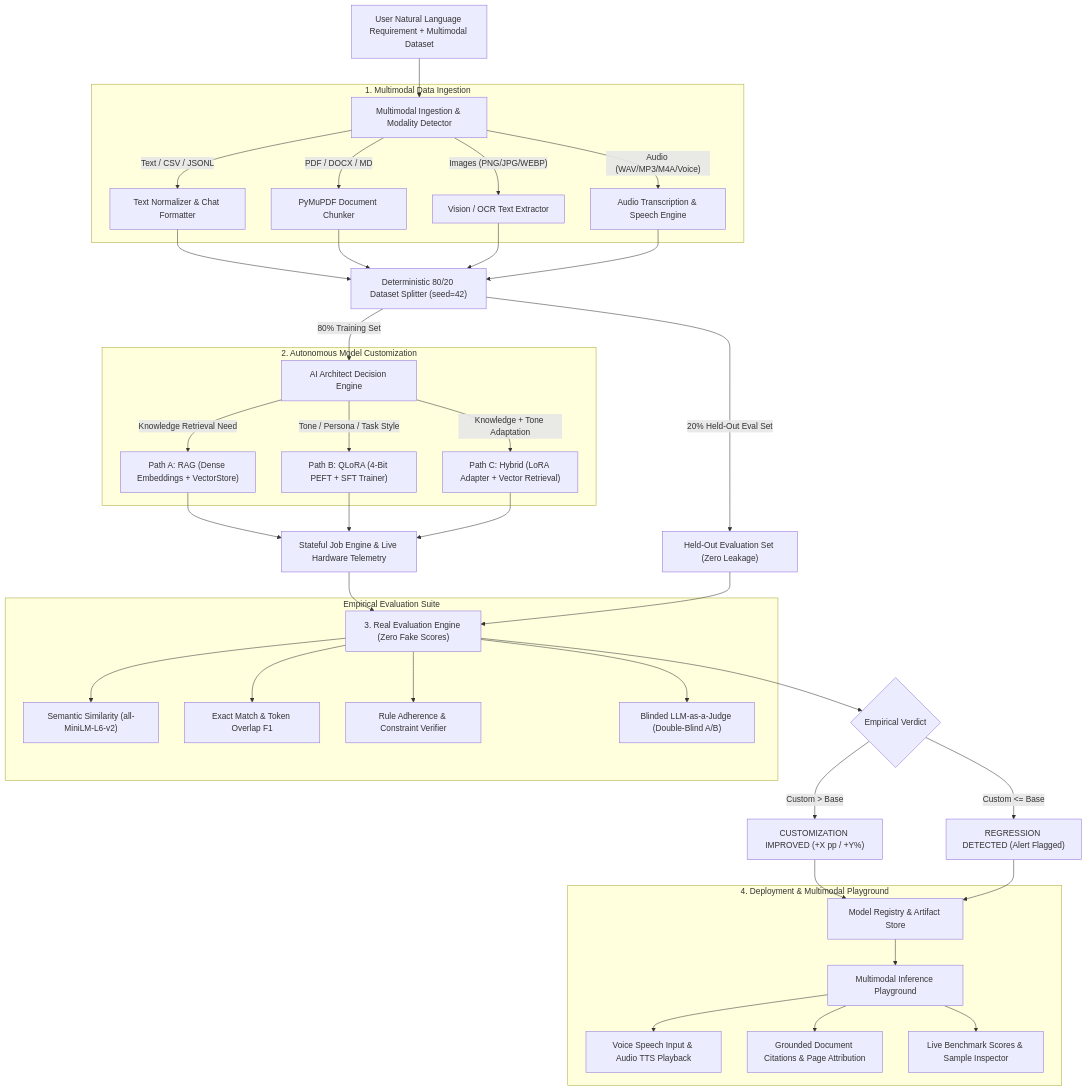
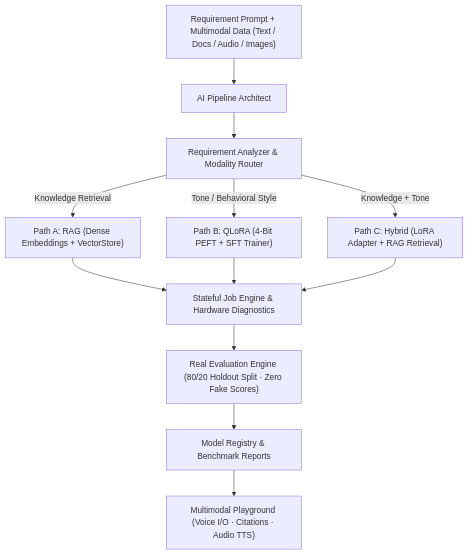
The diagram in README.md (Sanjaycode21/EasyLLM), drawn with Mermaid before and after one commit. The commit also changed other lines of this file and 1 other file, not shown here.

Commit message:
docs: simplify architecture mermaid diagram with multimodal & real evaluation engine

````diff
--- a/README.md
+++ b/README.md
@@ -11,53 +11,17 @@
 ```mermaid
 graph TD
-    User["User Natural Language Requirement + Multimodal Dataset"] --> MMDetector["Multimodal Ingestion & Modality Detector"]
+    User["Requirement Prompt + Multimodal Data (Text / Docs / Audio / Images)"] --> Architect["AI Pipeline Architect"]
+    Architect --> Analysis["Requirement Analyzer & Modality Router"]
     
-    subgraph Ingestion ["1. Multimodal Data Ingestion"]
-        MMDetector -->|"Text / CSV / JSONL"| PreText["Text Normalizer & Chat Formatter"]
-        MMDetector -->|"PDF / DOCX / MD"| PreDoc["PyMuPDF Document Chunker"]
-        MMDetector -->|"Images (PNG/JPG/WEBP)"| PreImg["Vision / OCR Text Extractor"]
-        MMDetector -->|"Audio (WAV/MP3/M4A/Voice)"| PreAud["Audio Transcription & Speech Engine"]
-    end
-
-    PreText --> Splitter["Deterministic 80/20 Dataset Splitter (seed=42)"]
-    PreDoc --> Splitter
-    PreImg --> Splitter
-    PreAud --> Splitter
-
-    Splitter -->|"80% Training Set"| ArchEngine["AI Architect Decision Engine"]
-    Splitter -->|"20% Held-Out Eval Set"| EvalHoldout["Held-Out Evaluation Set (Zero Leakage)"]
-
-    subgraph ArchitecturePaths ["2. Autonomous Model Customization"]
-        ArchEngine -->|"Knowledge Retrieval Need"| PathA["Path A: RAG (Dense Embeddings + VectorStore)"]
-        ArchEngine -->|"Tone / Persona / Task Style"| PathB["Path B: QLoRA (4-Bit PEFT + SFT Trainer)"]
-        ArchEngine -->|"Knowledge + Tone Adaptation"| PathC["Path C: Hybrid (LoRA Adapter + Vector Retrieval)"]
-    end
-
-    PathA --> JobEngine["Stateful Job Engine & Live Hardware Telemetry"]
+    Analysis -->|"Knowledge Retrieval"| PathA["Path A: RAG (Dense Embeddings + VectorStore)"]
+    Analysis -->|"Tone / Behavioral Style"| PathB["Path B: QLoRA (4-Bit PEFT + SFT Trainer)"]
+    Analysis -->|"Knowledge + Tone"| PathC["Path C: Hybrid (LoRA Adapter + RAG Retrieval)"]
+    
+    PathA --> JobEngine["Stateful Job Engine & Hardware Diagnostics"]
     PathB --> JobEngine
     PathC --> JobEngine
-
-    JobEngine --> RealEvalEngine["3. Real Evaluation Engine (Zero Fake Scores)"]
-    EvalHoldout --> RealEvalEngine
-
-    subgraph EvaluationMetrics ["Empirical Evaluation Suite"]
-        RealEvalEngine --> M1["Semantic Similarity (all-MiniLM-L6-v2)"]
-        RealEvalEngine --> M2["Exact Match & Token Overlap F1"]
-        RealEvalEngine --> M3["Rule Adherence & Constraint Verifier"]
-        RealEvalEngine --> M4["Blinded LLM-as-a-Judge (Double-Blind A/B)"]
-    end
-
-    RealEvalEngine --> Verdict{"Empirical Verdict"}
-    Verdict -->|"Custom > Base"| Improved["CUSTOMIZATION IMPROVED (+X pp / +Y%)"]
-    Verdict -->|"Custom <= Base"| Regressed["REGRESSION DETECTED (Alert Flagged)"]
-
-    Improved --> Registry["Model Registry & Artifact Store"]
-    Regressed --> Registry
-
-    subgraph Serving ["4. Deployment & Multimodal Playground"]
-        Registry --> ChatUI["Multimodal Inference Playground"]
-        ChatUI --> VoiceIO["Voice Speech Input & Audio TTS Playback"]
-        ChatUI --> Grounding["Grounded Document Citations & Page Attribution"]
-        ChatUI --> BenchmarkCard["Live Benchmark Scores & Sample Inspector"]
-    end
+    
+    JobEngine --> Evaluator["Real Evaluation Engine (80/20 Holdout Split · Zero Fake Scores)"]
+    Evaluator --> Registry["Model Registry & Benchmark Reports"]
+    Registry --> Playground["Multimodal Playground (Voice I/O · Citations · Audio TTS)"]
 ```
````
